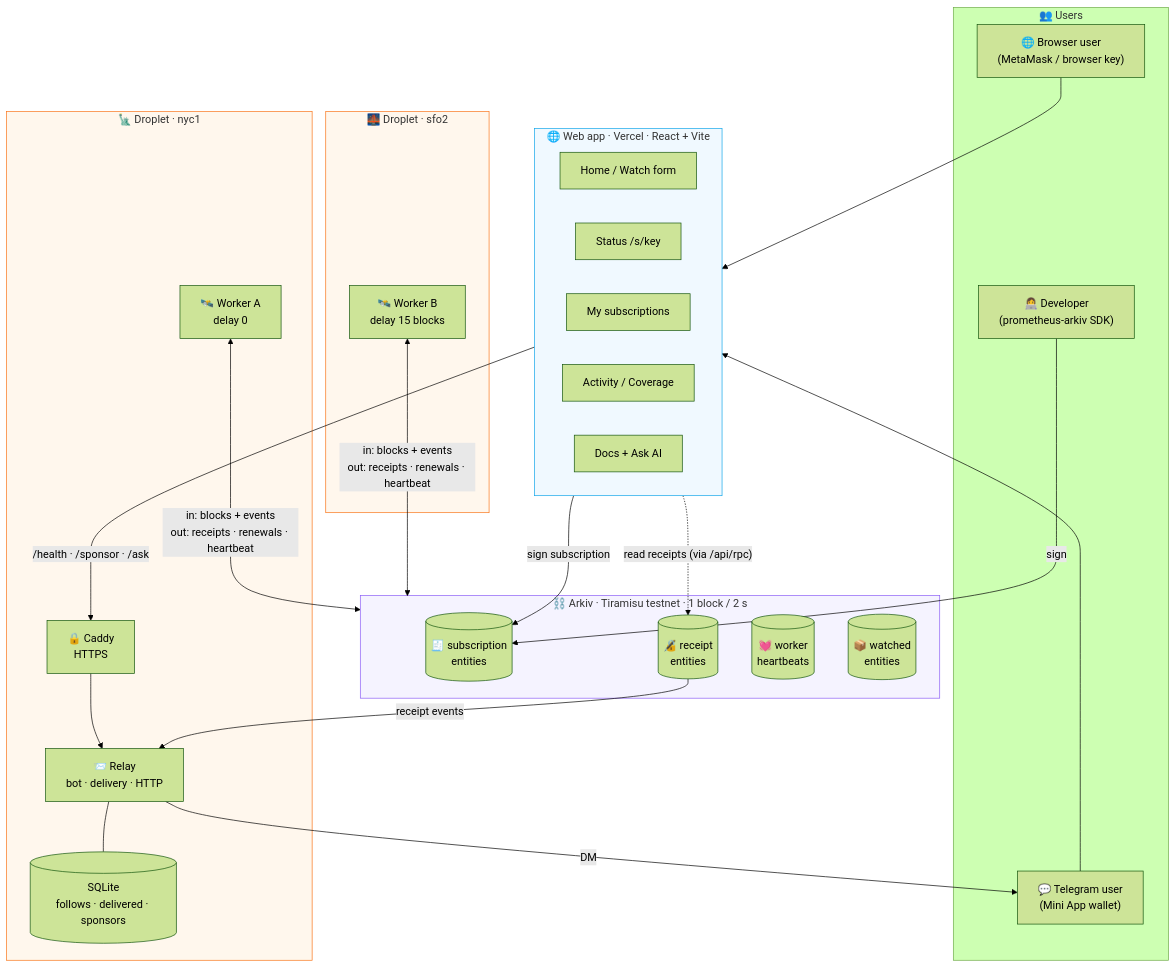
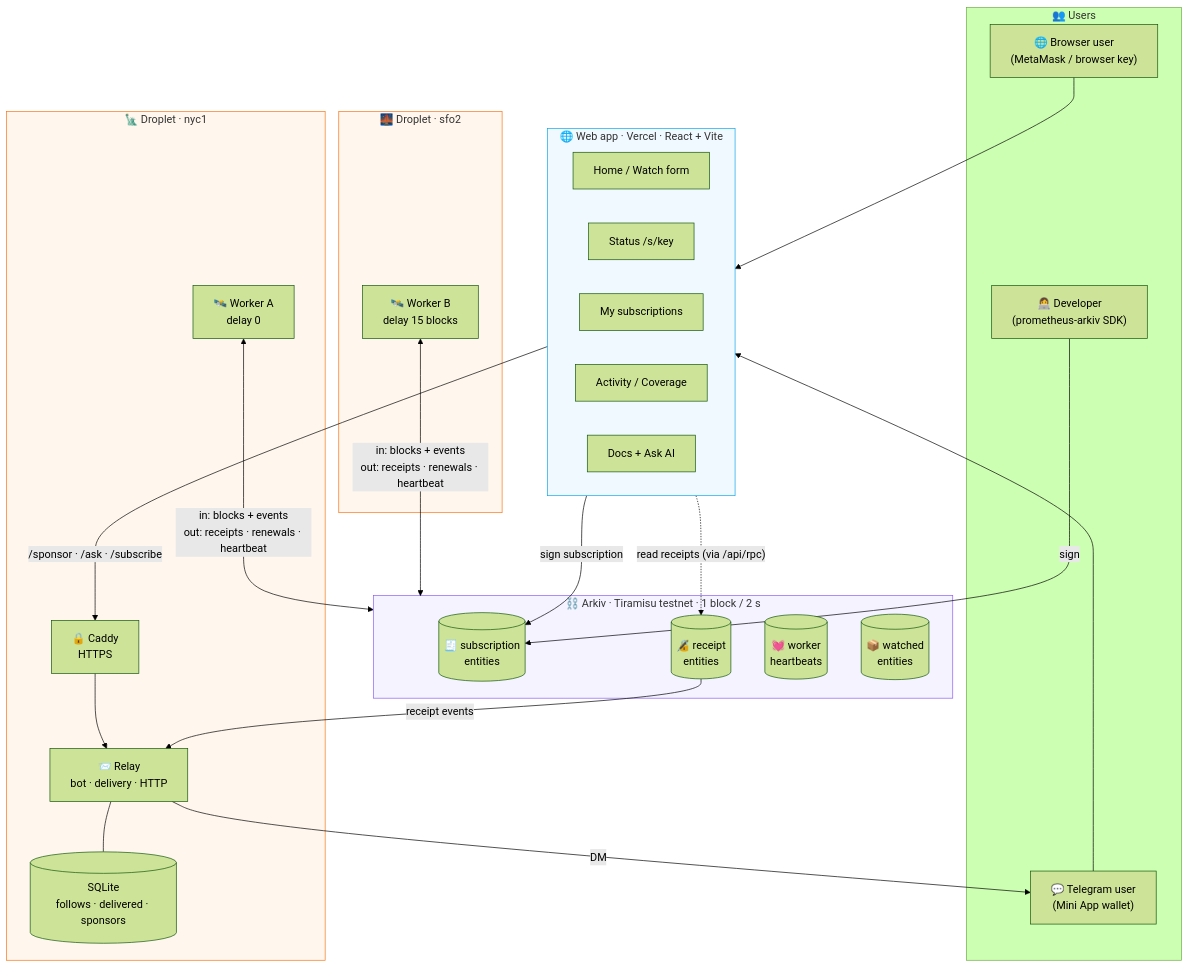
The fifth of 14 diagrams in README.md (VanshChitransh/Prometheus), drawn with Mermaid (forest theme) before and after one commit. The commit also changed other lines of this file and 15 other files, not shown here.

````diff
--- a/README.md
+++ b/README.md
@@ -312,54 +312,54 @@
 ```mermaid
 flowchart TB
     subgraph Users["👥 Users"]
         TGU["💬 Telegram user<br/>(Mini App wallet)"]
         DEV["👩‍💻 Developer<br/>(prometheus-arkiv SDK)"]
         BRW["🌐 Browser user<br/>(MetaMask / browser key)"]
     end
 
     subgraph Web["🌐 Web app · Vercel · React + Vite"]
         HOME["Home / Watch form"]
         STATUS["Status /s/key"]
         MINE["My subscriptions"]
         COV["Activity / Coverage"]
         DOCS["Docs + Ask AI"]
     end
 
     subgraph Chain["⛓️ Arkiv · Tiramisu testnet · 1 block / 2 s"]
         SUBS[("🧾 subscription<br/>entities")]
         RCPT[("🔏 receipt<br/>entities")]
         HB[("💓 worker<br/>heartbeats")]
         TGT[("📦 watched<br/>entities")]
     end
 
     subgraph HostA["🗽 Droplet · nyc1"]
         WA["🛰️ Worker A<br/>delay 0"]
         RELAY["📨 Relay<br/>bot · delivery · HTTP"]
         CADDY["🔒 Caddy<br/>HTTPS"]
         SQL[("SQLite<br/>follows · delivered · sponsors")]
     end
 
     subgraph HostB["🌉 Droplet · sfo2"]
         WB["🛰️ Worker B<br/>delay 15 blocks"]
     end
 
     TGU --> Web
     BRW --> Web
     DEV -->|"sign"| SUBS
     Web -->|"sign subscription"| SUBS
     Web -.->|"read receipts (via /api/rpc)"| RCPT
 
     WA <-->|"in: blocks + events<br/>out: receipts · renewals · heartbeat"| Chain
     WB <-->|"in: blocks + events<br/>out: receipts · renewals · heartbeat"| Chain
 
     RCPT -->|"receipt events"| RELAY
     RELAY --- SQL
     CADDY --> RELAY
-    Web -->|"/health · /sponsor · /ask"| CADDY
+    Web -->|"/sponsor · /ask · /subscribe"| CADDY
     RELAY -->|"DM"| TGU
 
     style Chain fill:#f5f3ff,stroke:#8b5cf6
     style HostA fill:#fff7ed,stroke:#f97316
     style HostB fill:#fff7ed,stroke:#f97316
     style Web fill:#f0f9ff,stroke:#0ea5e9
 ```
````
